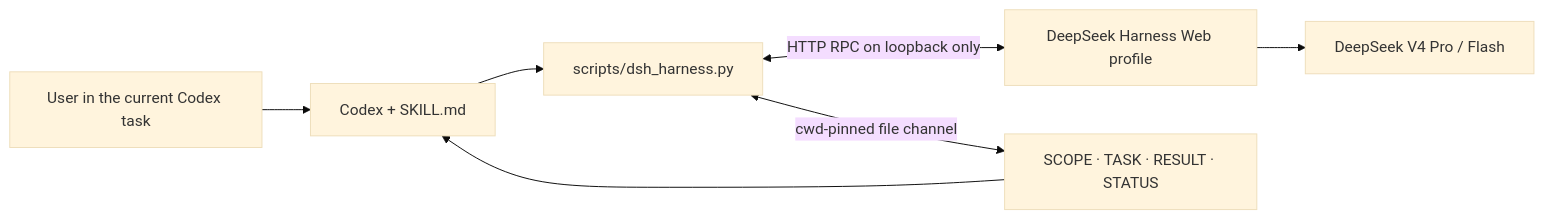
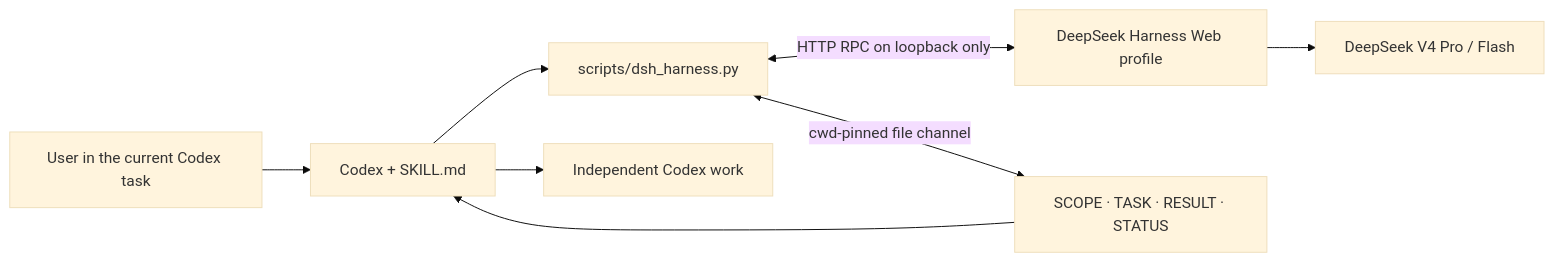
The diagram in README.md (papperrollinggery/delegate-to-deepseek-harness), drawn with Mermaid (base theme) before and after one commit. The commit also changed other lines of this file and 16 other files, not shown here.

````diff
--- a/README.md
+++ b/README.md
@@ -60,9 +66,10 @@
 ```mermaid
 flowchart LR
     U["User in the current Codex task"] --> C["Codex + SKILL.md"]
     C --> P["scripts/dsh_harness.py"]
+    C --> W["Independent Codex work"]
     P <-->|"HTTP RPC on loopback only"| H["DeepSeek Harness Web profile"]
     P <-->|"cwd-pinned file channel"| F["SCOPE · TASK · RESULT · STATUS"]
     H --> D["DeepSeek V4 Pro / Flash"]
     F --> C
 ```
````
